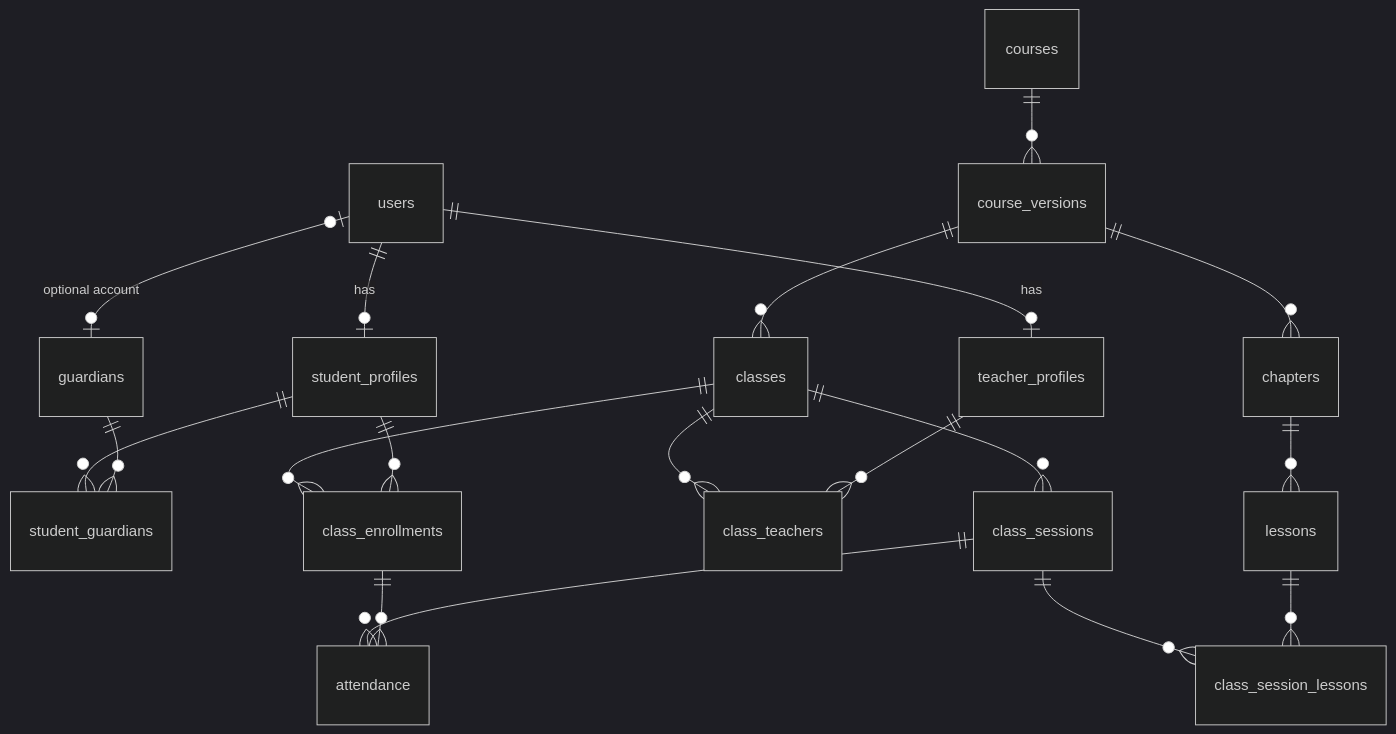
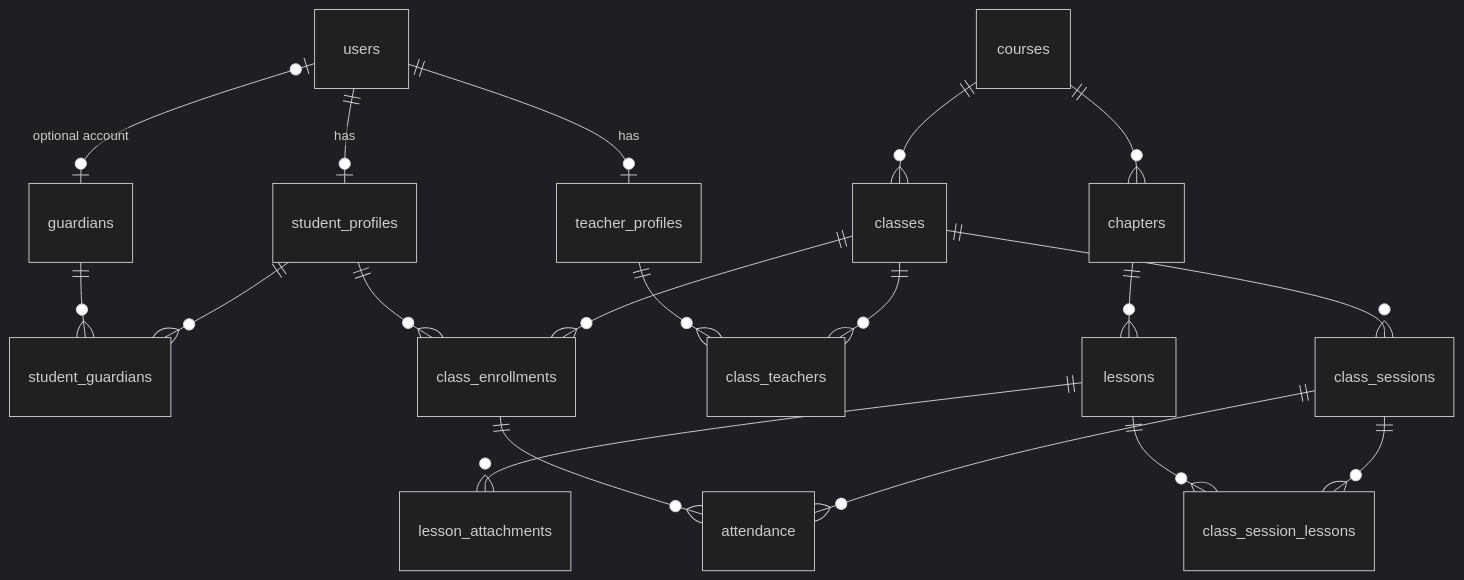
One commit to center9-edu/center9-lms changed the diagram in docs/architecture/database.md. Above: the diagram before and after it, drawn with Mermaid (dark theme). The commit also changed other lines of this file and 110 other files, not shown here.

First line of the commit message:
Feat - curriculum, lesson files and classes (#6)

````diff
--- a/docs/architecture/database.md
+++ b/docs/architecture/database.md
@@ -32,23 +32,23 @@
 ```mermaid
 erDiagram
     users ||--o| student_profiles : has
     users ||--o| teacher_profiles : has
     users |o--o| guardians : "optional account"
     student_profiles ||--o{ student_guardians : ""
     guardians ||--o{ student_guardians : ""
 
-    courses ||--o{ course_versions : ""
-    course_versions ||--o{ chapters : ""
+    courses ||--o{ chapters : ""
     chapters ||--o{ lessons : ""
+    lessons ||--o{ lesson_attachments : ""
 
-    course_versions ||--o{ classes : ""
+    courses ||--o{ classes : ""
     classes ||--o{ class_teachers : ""
     teacher_profiles ||--o{ class_teachers : ""
     classes ||--o{ class_enrollments : ""
     student_profiles ||--o{ class_enrollments : ""
     classes ||--o{ class_sessions : ""
     class_sessions ||--o{ class_session_lessons : ""
     lessons ||--o{ class_session_lessons : ""
     class_sessions ||--o{ attendance : ""
     class_enrollments ||--o{ attendance : ""
 ```
````
